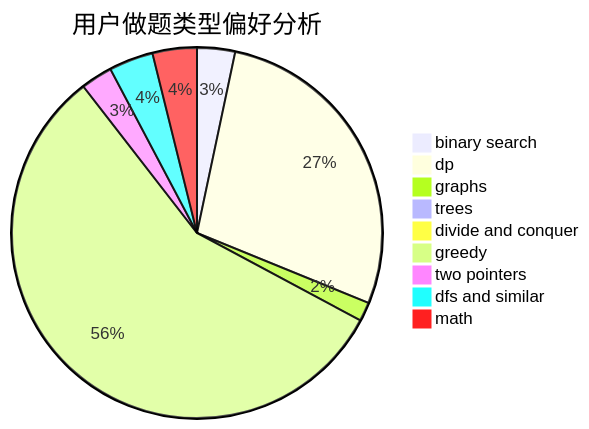
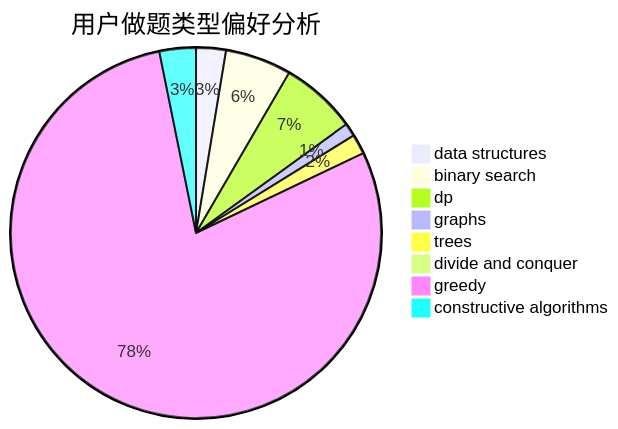
Before and after one commit to sherpahu/cfrs.github.io: the second of 3 diagrams in docs/user/u1684.md, drawn with Mermaid. The commit also changed other lines of this file and 2775 other files, not shown here.

````diff
--- a/docs/user/u1684.md
+++ b/docs/user/u1684.md
@@ -23,12 +23,11 @@
 ```mermaid
 pie title 用户做题类型偏好分析
-    "binary search" :  30
-    "dp" :  252
-    "graphs" :  15
-    "trees" :  7
-    "divide and conquer" :  6
-    "greedy" :  513
-    "two pointers" :  25
-    "dfs and similar" :  35
-    "math" :  35
+    "data structures" :  9
+    "binary search" :  20
+    "dp" :  23
+    "graphs" :  4
+    "trees" :  6
+    "divide and conquer" :  3
+    "greedy" :  273
+    "constructive algorithms" :  11
 ```
````
